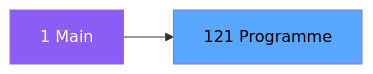
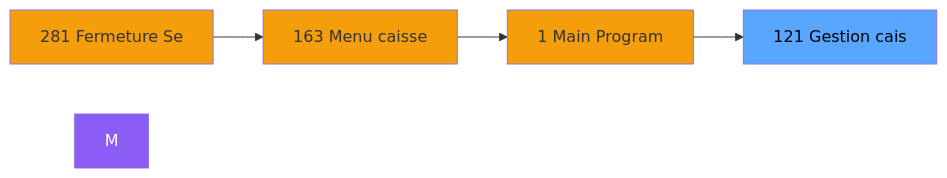
One commit to thonyAGP/magic-migration changed the second of 3 diagrams in .openspec/specs/ADH-IDE-121.md. Above: the diagram before and after it, drawn with Mermaid. The commit also changed other lines of this file and 323 other files, not shown here.

````diff
--- a/.openspec/specs/ADH-IDE-121.md
+++ b/.openspec/specs/ADH-IDE-121.md
@@ -114,8 +127,15 @@
 ```mermaid
 graph LR
-    M[1 Main]
-    T[121 Programme]
-    M --> T
+    N281[281 Fermeture Se]
+    N163[163 Menu caisse ]
+    N1[1 Main Program]
+    T[121 Gestion cais]
+    N281 --> N163
+    N163 --> N1
+    N1 --> T
     style M fill:#8b5cf6,color:#fff
+    style N281 fill:#f59e0b
+    style N163 fill:#f59e0b
+    style N1 fill:#f59e0b
     style T fill:#58a6ff,color:#000
 ```
````
